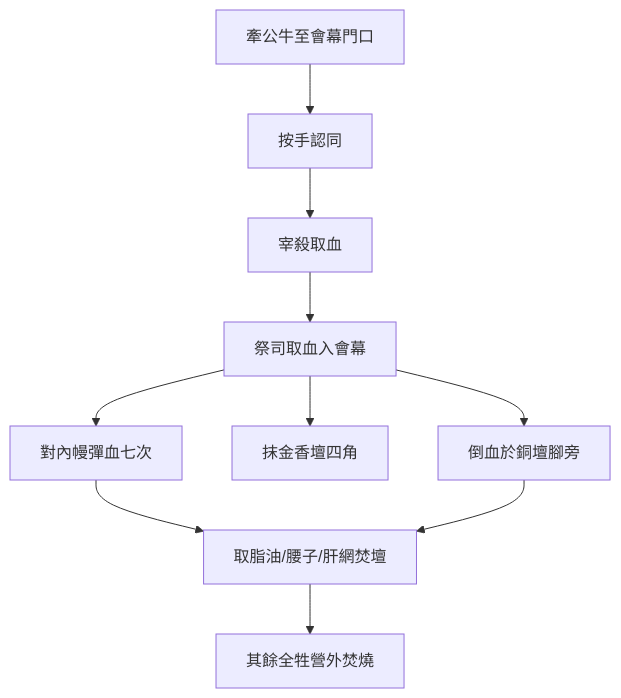
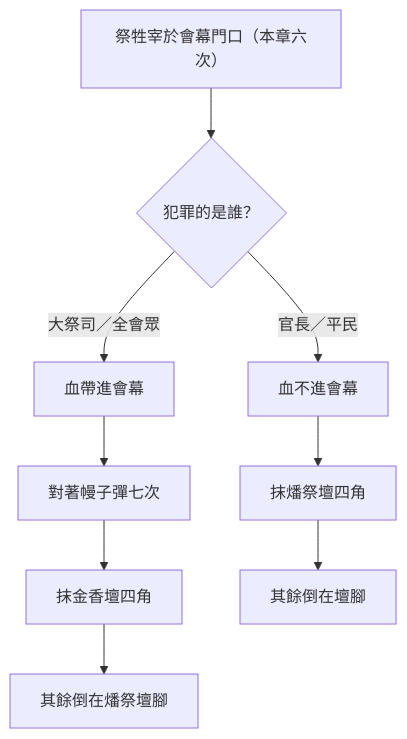
One commit to andyjr5566/Bible_wiki_zh_website changed the diagram in content/03 利未記/第4章.md. Above: the diagram before and after it, drawn with Mermaid. The commit also changed other lines of this file and 998 other files, not shown here.

````diff
--- a/content/03 利未記/第4章.md
+++ b/content/03 利未記/第4章.md
@@ -114,12 +131,11 @@
 ```mermaid
 flowchart TD
-    A[牽公牛至會幕門口] --> B[按手認同]
-    B --> C[宰殺取血]
-    C --> D[祭司取血入會幕]
-    D --> E[對內幔彈血七次]
-    D --> F[抹金香壇四角]
-    D --> G[倒血於銅壇腳旁]
-    E --> H[取脂油/腰子/肝網焚壇]
-    G --> H
-    H --> I[其餘全牲營外焚燒]
+    A["祭牲宰於會幕門口（本章六次）"] --> B{"犯罪的是誰？"}
+    B -->|"大祭司／全會眾"| C["血帶進會幕"]
+    C --> D["對著幔子彈七次"]
+    D --> E["抹金香壇四角"]
+    E --> F["其餘倒在燔祭壇腳"]
+    B -->|"官長／平民"| G["血不進會幕"]
+    G --> H["抹燔祭壇四角"]
+    H --> I["其餘倒在壇腳"]
 ```
````
